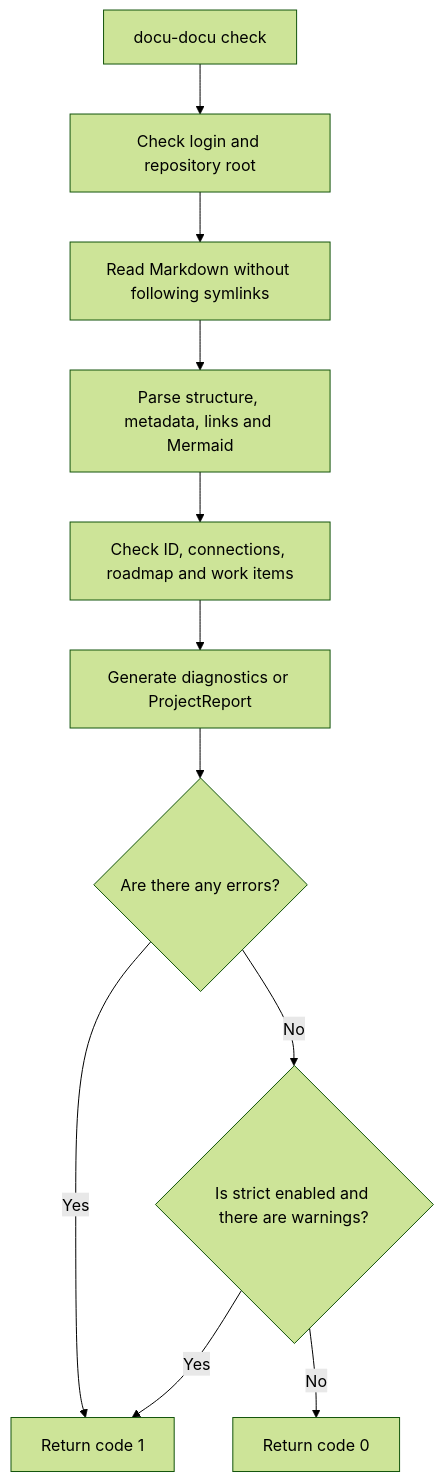
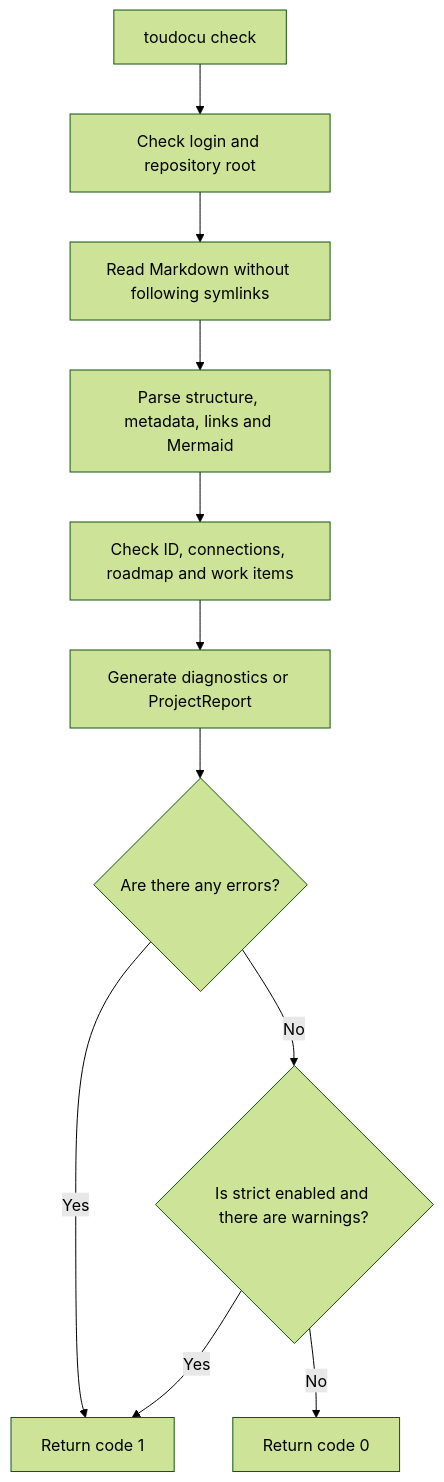
One commit to lumenikoly/toudocu changed the diagram in docs-en/flows/FLOW-DOCS-CHECK.md. Above: the diagram before and after it, drawn with Mermaid (forest theme). The commit also changed 446 other files, not shown here.

````diff
--- a/docs-en/flows/FLOW-DOCS-CHECK.md
+++ b/docs-en/flows/FLOW-DOCS-CHECK.md
@@ -14,13 +14,13 @@
 ```mermaid
 flowchart TD
-    Start["docu-docu check"] --> Resolve["Check login and repository root"]
+    Start["toudocu check"] --> Resolve["Check login and repository root"]
     Resolve --> Read["Read Markdown without following symlinks"]
     Read --> Parse["Parse structure, metadata, links and Mermaid"]
     Parse --> Validate["Check ID, connections, roadmap and work items"]
     Validate --> Report["Generate diagnostics or ProjectReport"]
     Report --> Errors{"Are there any errors?"}
     Errors -->|Yes| Failed["Return code 1"]
     Errors -->|No| Strict{"Is strict enabled and there are warnings?"}
     Strict -->|Yes| Failed
     Strict -->|No| Passed["Return code 0"]
 ```
````
